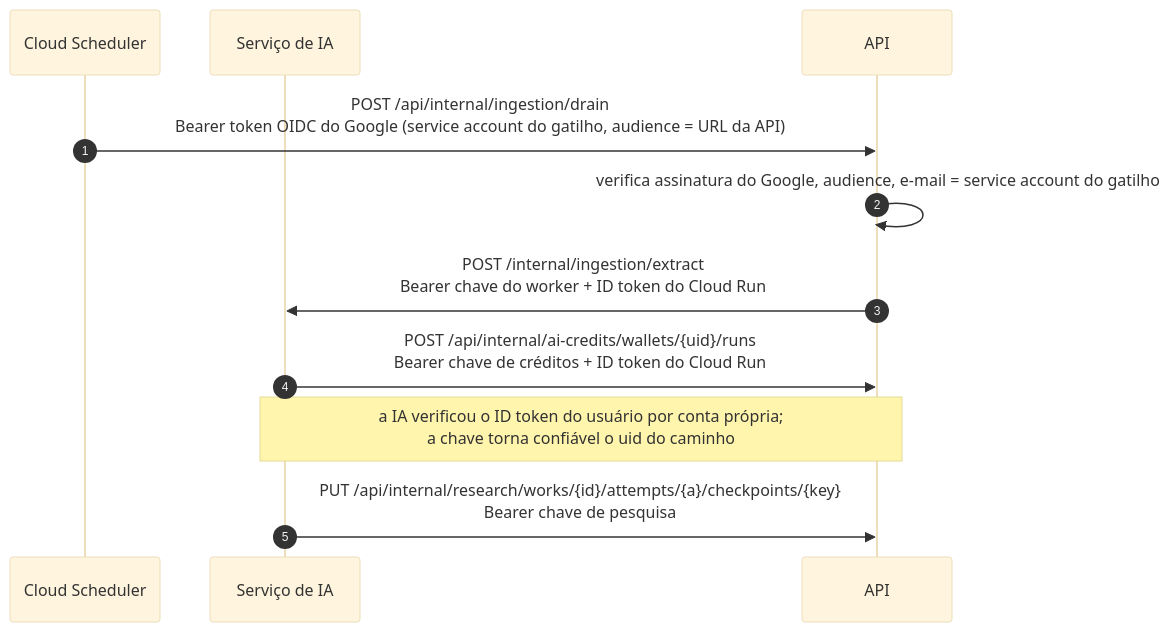
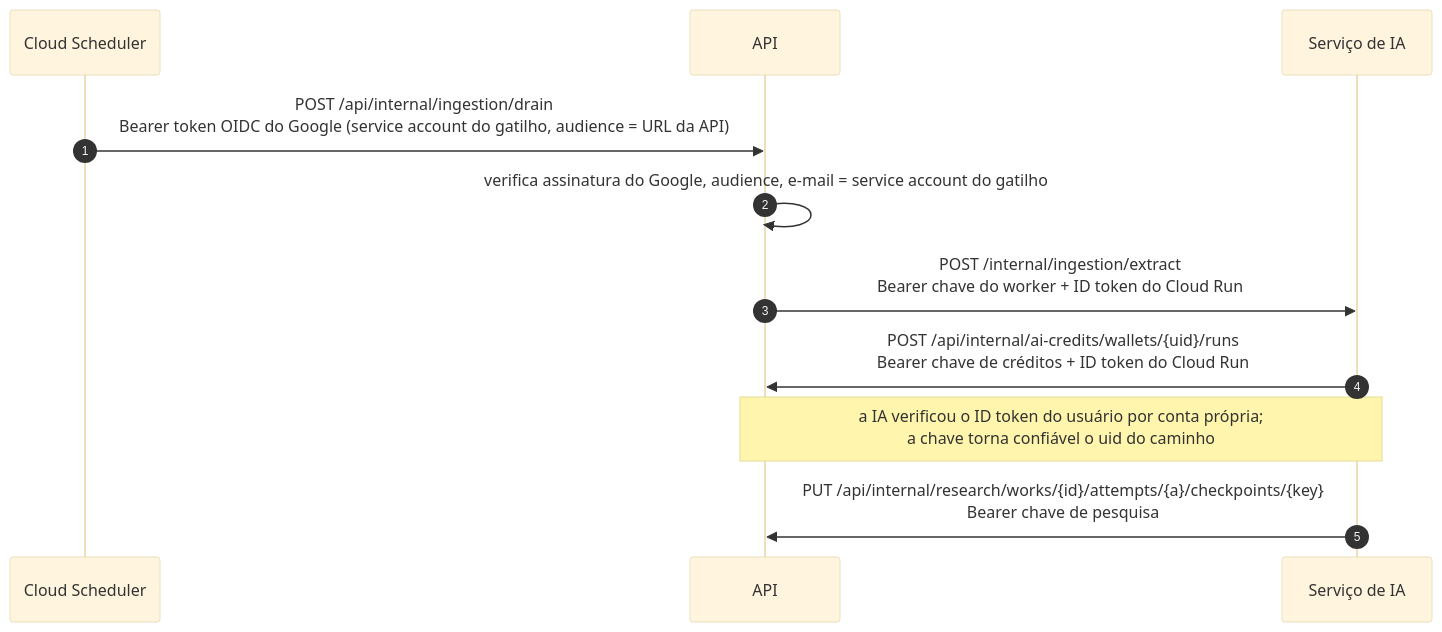
One commit to IamP5/spec-sync changed the third of 4 diagrams in docs/architecture/solution-architecture.md. Above: the diagram before and after it, drawn with Mermaid (base theme). The commit also changed other lines of this file, not shown here.

First line of the commit message:
docs(architecture): place the API between scheduler and the AI service

````diff
--- a/docs/architecture/solution-architecture.md
+++ b/docs/architecture/solution-architecture.md
@@ -152,14 +152,14 @@
 ```mermaid
 sequenceDiagram
   autonumber
   participant S as Cloud Scheduler
+  participant A as API
   participant AI as Serviço de IA
-  participant A as API
 
   S->>A: POST /api/internal/ingestion/drain<br/>Bearer token OIDC do Google (service account do gatilho, audience = URL da API)
   A->>A: verifica assinatura do Google, audience, e-mail = service account do gatilho
   A->>AI: POST /internal/ingestion/extract<br/>Bearer chave do worker + ID token do Cloud Run
   AI->>A: POST /api/internal/ai-credits/wallets/{uid}/runs<br/>Bearer chave de créditos + ID token do Cloud Run
   Note over AI,A: a IA verificou o ID token do usuário por conta própria#59;<br/>a chave torna confiável o uid do caminho
   AI->>A: PUT /api/internal/research/works/{id}/attempts/{a}/checkpoints/{key}<br/>Bearer chave de pesquisa
 ```
````
